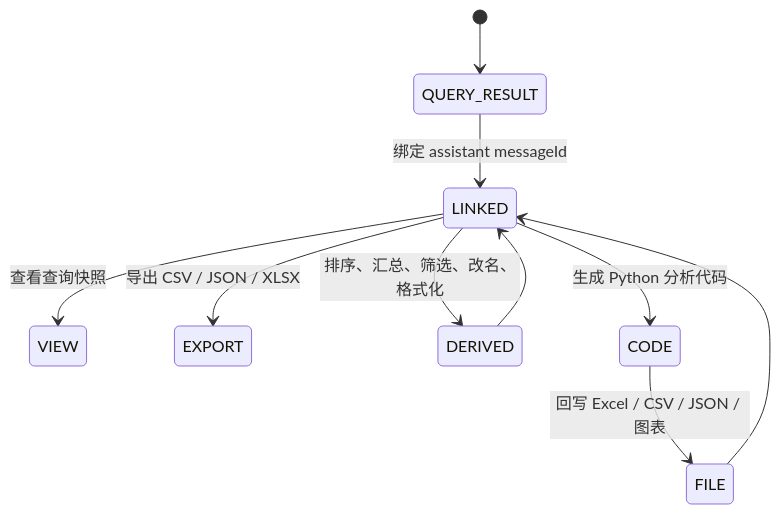
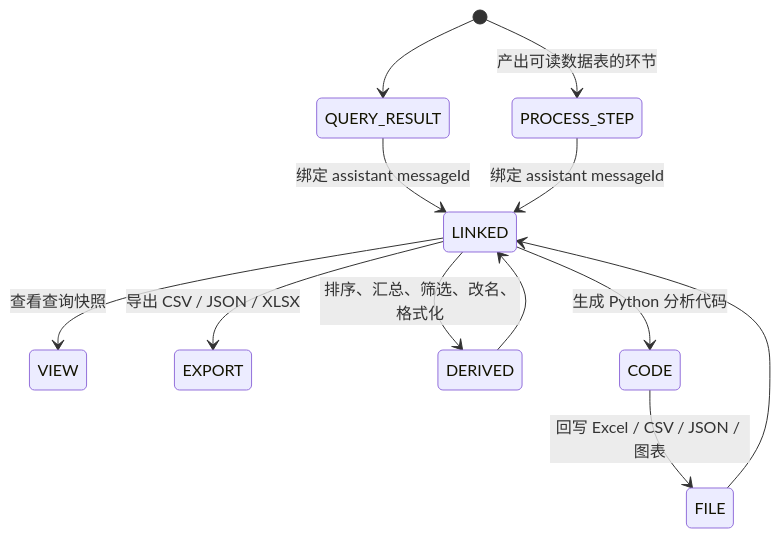
One commit to xiaour/yolo-data changed diagram 13 of 14 in docs/architecture.md. Above: the diagram before and after it, drawn with Mermaid. The commit also changed other lines of this file and 20 other files, not shown here.

````diff
--- a/docs/architecture.md
+++ b/docs/architecture.md
@@ -905,12 +911,14 @@
 ```mermaid
 stateDiagram-v2
   [*] --> QUERY_RESULT
+  [*] --> PROCESS_STEP: 产出可读数据表的环节
   QUERY_RESULT --> LINKED: 绑定 assistant messageId
+  PROCESS_STEP --> LINKED: 绑定 assistant messageId
   LINKED --> VIEW: 查看查询快照
   LINKED --> EXPORT: 导出 CSV / JSON / XLSX
   LINKED --> DERIVED: 排序、汇总、筛选、改名、格式化
   LINKED --> CODE: 生成 Python 分析代码
   CODE --> FILE: 回写 Excel / CSV / JSON / 图表
   DERIVED --> LINKED
   FILE --> LINKED
 ```
````
